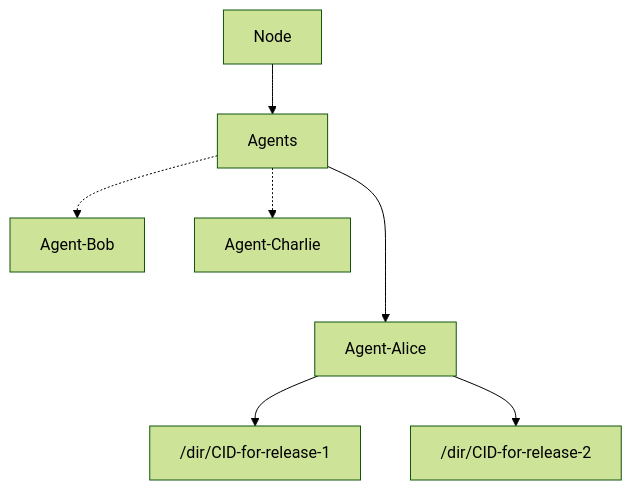
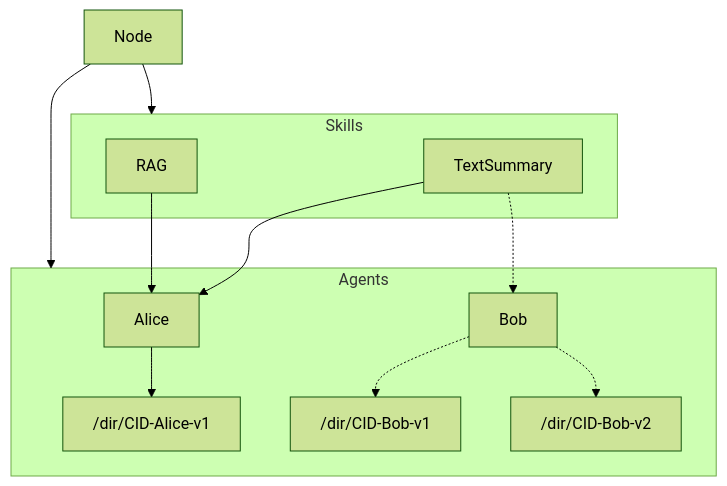
Before and after one commit to agntcy/dir: the diagram in ARCHITECTURE.md, drawn with Mermaid (forest theme). The commit also changed other lines of this file, not shown here.

````diff
--- a/ARCHITECTURE.md
+++ b/ARCHITECTURE.md
@@ -117,11 +141,17 @@
 ```mermaid
 flowchart TD
-    Node --> Agents
+  Node --> Agents
+  Node --> Skills
 
-    Agents ---> Agent-Alice
-    Agents .-> Agent-Bob
-    Agents .-> Agent-Charlie
+  subgraph Agents
+      Alice --> /dir/CID-Alice-v1
+      Bob .-> /dir/CID-Bob-v1
+      Bob .-> /dir/CID-Bob-v2
+  end
 
-    Agent-Alice --> /dir/CID-for-release-1
-    Agent-Alice --> /dir/CID-for-release-2
+  subgraph Skills
+      RAG --> Alice
+      TextSummary --> Alice
+      TextSummary .-> Bob
+  end
 ```
````
